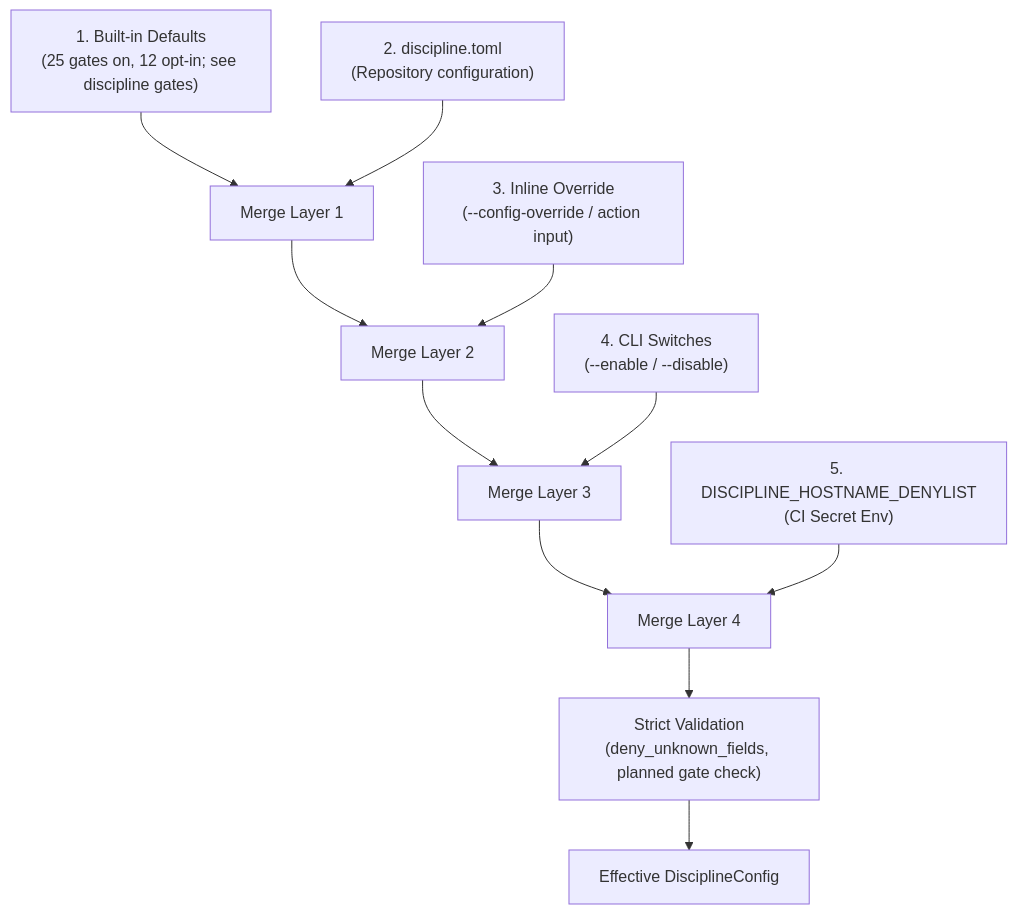
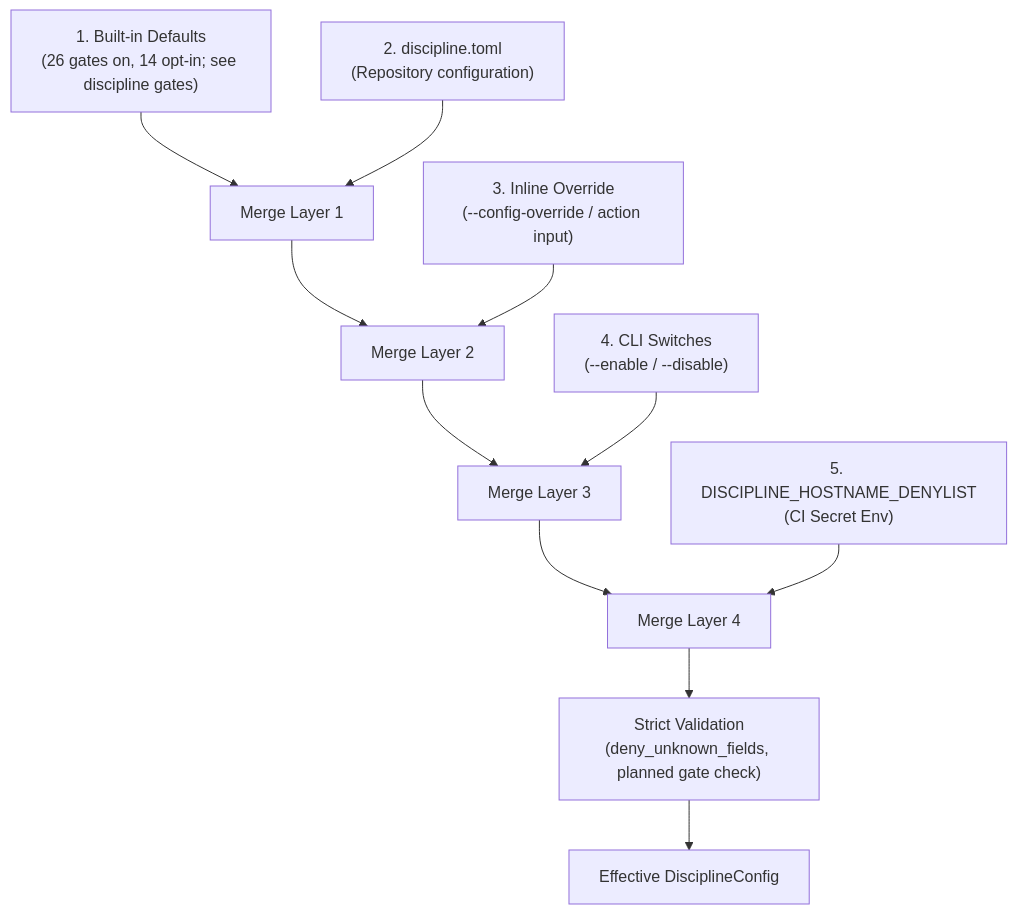
One commit to orieg/discipline changed the second of 4 diagrams in docs/ARCHITECTURE.md. Above: the diagram before and after it, drawn with Mermaid. The commit also changed other lines of this file and 4 other files, not shown here.

````diff
--- a/docs/ARCHITECTURE.md
+++ b/docs/ARCHITECTURE.md
@@ -86,13 +86,13 @@
 ```mermaid
 flowchart TD
-    D["1. Built-in Defaults<br/>(25 gates on, 12 opt-in; see discipline gates)"] --> M1["Merge Layer 1"]
+    D["1. Built-in Defaults<br/>(26 gates on, 14 opt-in; see discipline gates)"] --> M1["Merge Layer 1"]
     F["2. discipline.toml<br/>(Repository configuration)"] --> M1
     M1 --> M2["Merge Layer 2"]
     O["3. Inline Override<br/>(--config-override / action input)"] --> M2
     M2 --> M3["Merge Layer 3"]
     CLI["4. CLI Switches<br/>(--enable / --disable)"] --> M3
     M3 --> M4["Merge Layer 4"]
     ENV["5. DISCIPLINE_HOSTNAME_DENYLIST<br/>(CI Secret Env)"] --> M4
     M4 --> VAL["Strict Validation<br/>(deny_unknown_fields, planned gate check)"]
     VAL --> CFG["Effective DisciplineConfig"]
 ```
````
